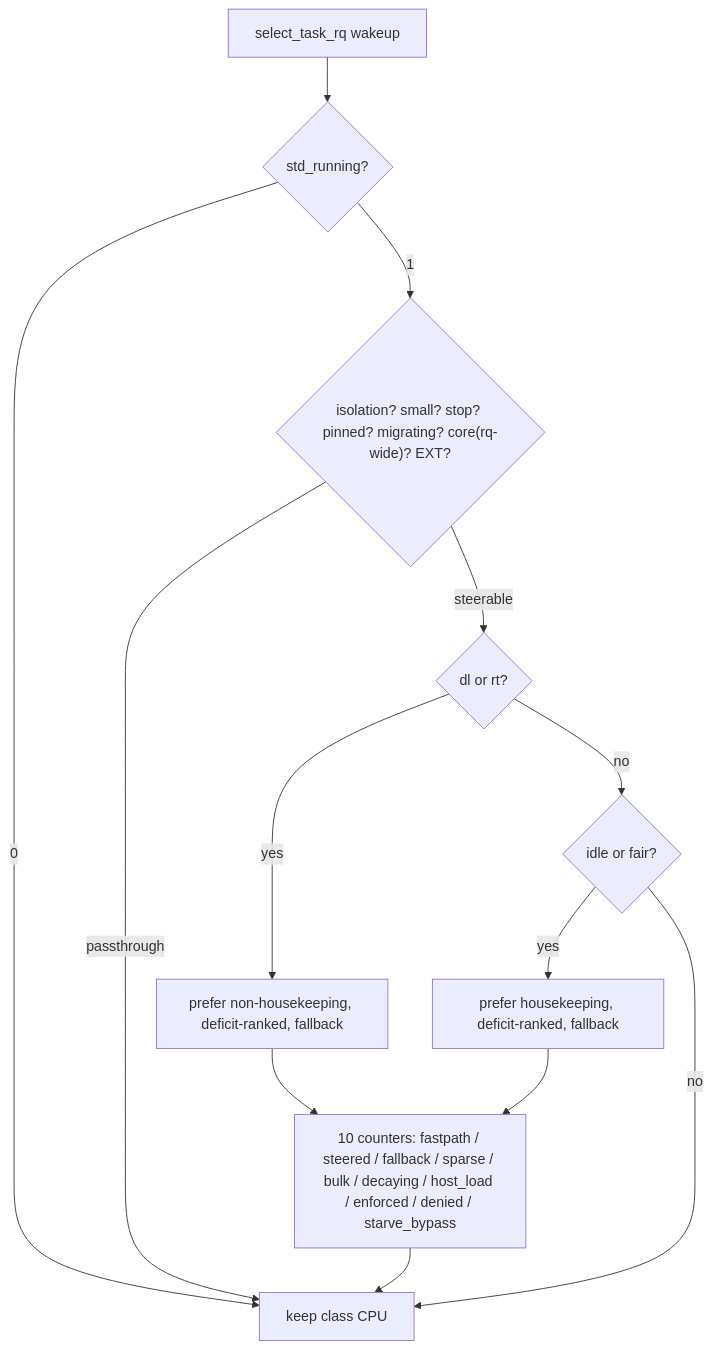
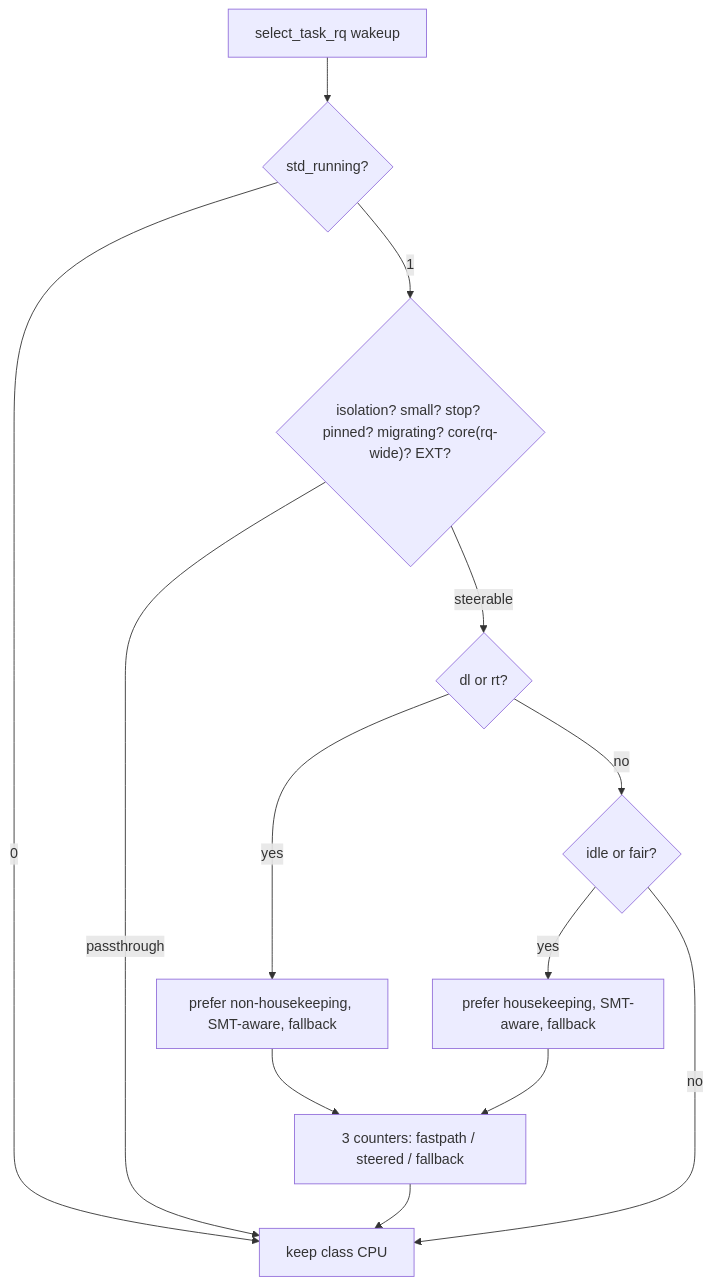
Before and after one commit to galpt/std: the diagram in README.md, drawn with Mermaid. The commit also changed other lines of this file and 7 other files, not shown here.

First line of the commit message:
STD v7.3: strip CAKE keep SMT-aware steering

````diff
--- a/README.md
+++ b/README.md
@@ -81,16 +81,16 @@
 ```mermaid
 flowchart TD
     A["select_task_rq wakeup"] --> B{"std_running?"}
     B -->|0| Z["keep class CPU"]
     B -->|1| C{"isolation? small? stop? pinned? migrating? core(rq-wide)? EXT?"}
     %% guards in code order
     C -->|passthrough| Z
     C -->|steerable| D{"dl or rt?"}
-    D -->|yes| E["prefer non-housekeeping, deficit-ranked, fallback"]
+    D -->|yes| E["prefer non-housekeeping, SMT-aware, fallback"]
     D -->|no| F{"idle or fair?"}
-    F -->|yes| G["prefer housekeeping, deficit-ranked, fallback"]
+    F -->|yes| G["prefer housekeeping, SMT-aware, fallback"]
     F -->|no| Z
-    E --> H["10 counters: fastpath / steered / fallback / sparse / bulk / decaying / host_load / enforced / denied / starve_bypass"]
+    E --> H["3 counters: fastpath / steered / fallback"]
     G --> H
     H --> Z
 ```
````
